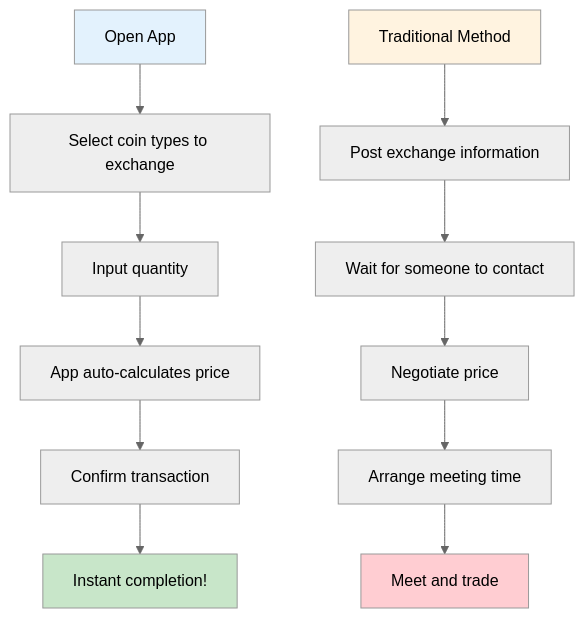
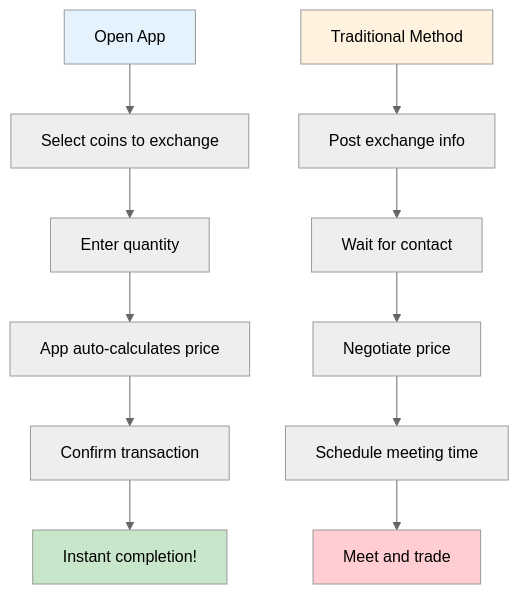
The ninth of 9 diagrams in doc/AMM_Market_Making.md (pinpetfun/pinpet-book), drawn with Mermaid (neutral theme) before and after one commit. The commit also changed other lines of this file and 54 other files, not shown here.

````diff
--- a/doc/AMM_Market_Making.md
+++ b/doc/AMM_Market_Making.md
@@ -328,19 +328,19 @@
 ```mermaid
 graph TD
-    A[Open App] --> B[Select coin types to exchange]
-    B --> C[Input quantity]
+    A[Open App] --> B[Select coins to exchange]
+    B --> C[Enter quantity]
     C --> D[App auto-calculates price]
     D --> E[Confirm transaction]
     E --> F[Instant completion!]
-    
-    G[Traditional Method] --> H[Post exchange information]
-    H --> I[Wait for someone to contact]
+
+    G[Traditional Method] --> H[Post exchange info]
+    H --> I[Wait for contact]
     I --> J[Negotiate price]
-    J --> K[Arrange meeting time]
+    J --> K[Schedule meeting time]
     K --> L[Meet and trade]
-    
+
     style A fill:#e3f2fd
     style F fill:#c8e6c9
     style G fill:#fff3e0
     style L fill:#ffcdd2
 ```
````
